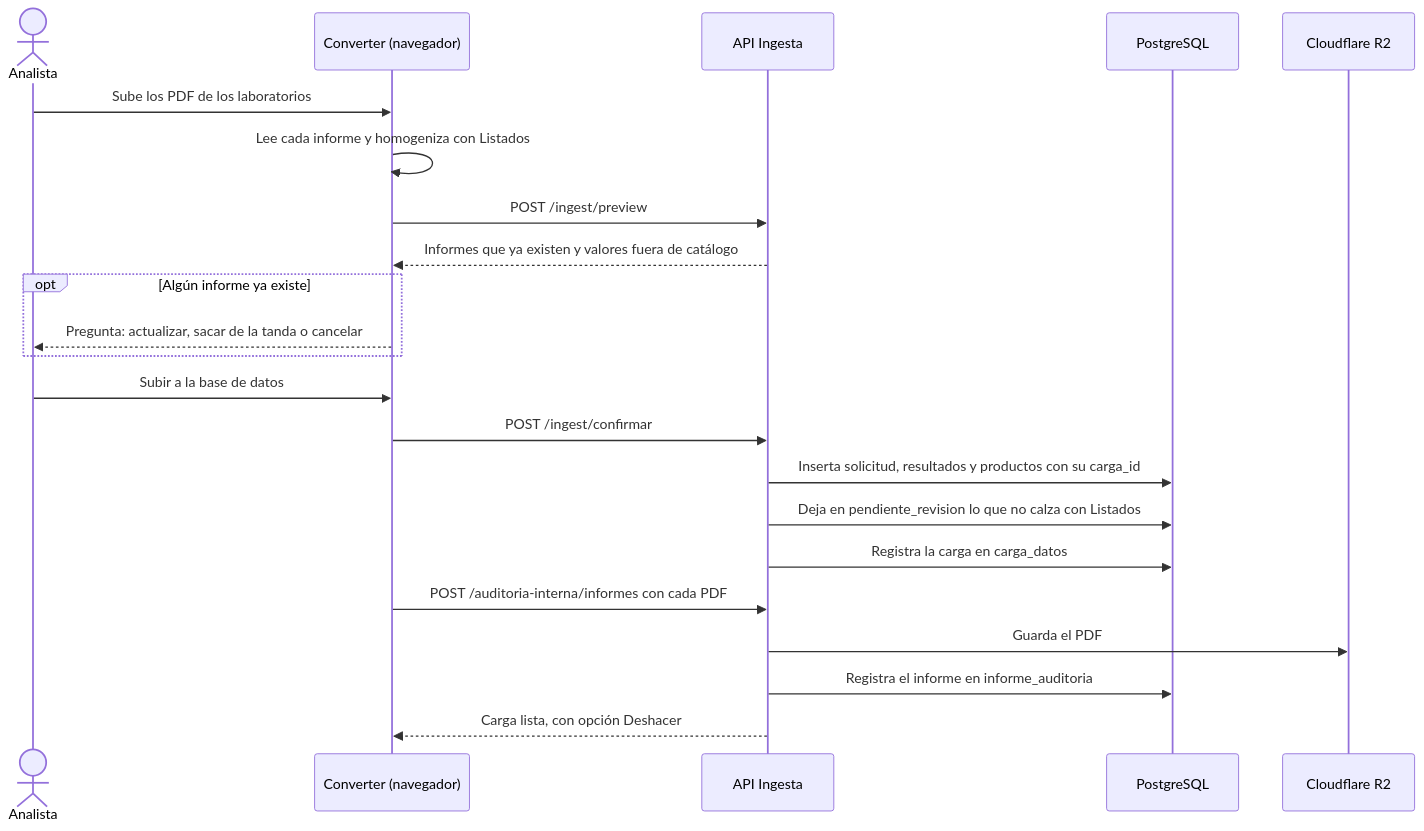
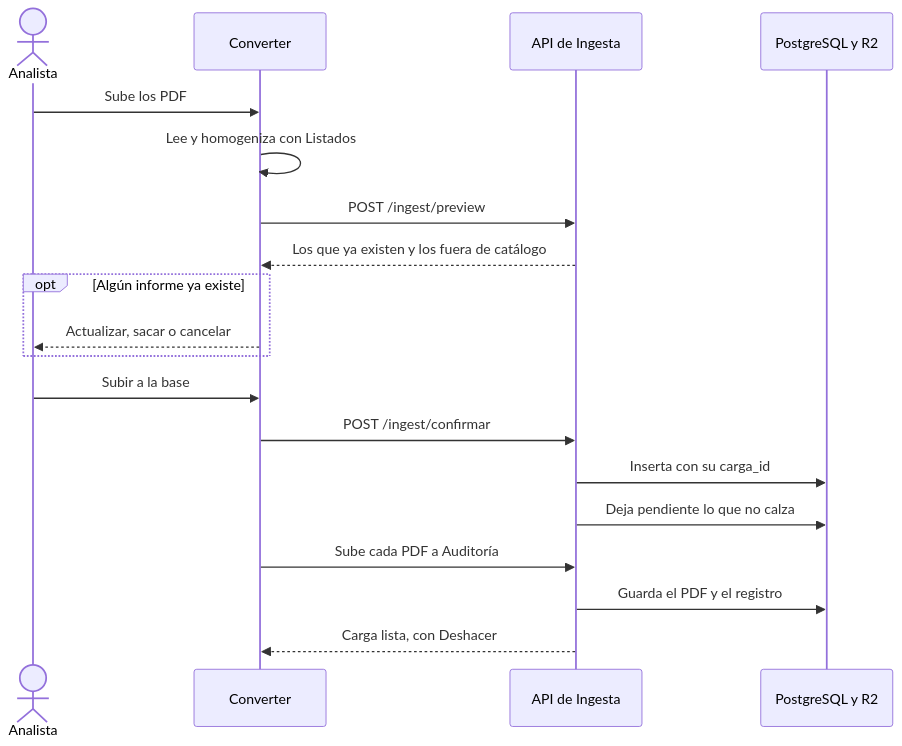
One commit to JSSAgrofresh/agrofresh_report_hub changed the diagram in docs/documentacion/diagramas/sec6_converter.mmd. Above: the diagram before and after it, drawn with Mermaid. The commit also changed 42 other files, not shown here.

```diff
--- a/docs/documentacion/diagramas/sec6_converter.mmd
+++ b/docs/documentacion/diagramas/sec6_converter.mmd
@@ -1,22 +1,19 @@
 sequenceDiagram
     actor analista as Analista
-    participant conv as Converter (navegador)
-    participant api as API Ingesta
-    participant bd as PostgreSQL
-    participant r2 as Cloudflare R2
-    analista->>conv: Sube los PDF de los laboratorios
-    conv->>conv: Lee cada informe y homogeniza con Listados
+    participant conv as Converter
+    participant api as API de Ingesta
+    participant datos as PostgreSQL y R2
+    analista->>conv: Sube los PDF
+    conv->>conv: Lee y homogeniza con Listados
     conv->>api: POST /ingest/preview
-    api-->>conv: Informes que ya existen y valores fuera de catálogo
+    api-->>conv: Los que ya existen y los fuera de catálogo
     opt Algún informe ya existe
-        conv-->>analista: Pregunta: actualizar, sacar de la tanda o cancelar
+        conv-->>analista: Actualizar, sacar o cancelar
     end
-    analista->>conv: Subir a la base de datos
+    analista->>conv: Subir a la base
     conv->>api: POST /ingest/confirmar
-    api->>bd: Inserta solicitud, resultados y productos con su carga_id
-    api->>bd: Deja en pendiente_revision lo que no calza con Listados
-    api->>bd: Registra la carga en carga_datos
-    conv->>api: POST /auditoria-interna/informes con cada PDF
-    api->>r2: Guarda el PDF
-    api->>bd: Registra el informe en informe_auditoria
-    api-->>conv: Carga lista, con opción Deshacer
+    api->>datos: Inserta con su carga_id
+    api->>datos: Deja pendiente lo que no calza
+    conv->>api: Sube cada PDF a Auditoría
+    api->>datos: Guarda el PDF y el registro
+    api-->>conv: Carga lista, con Deshacer
```
